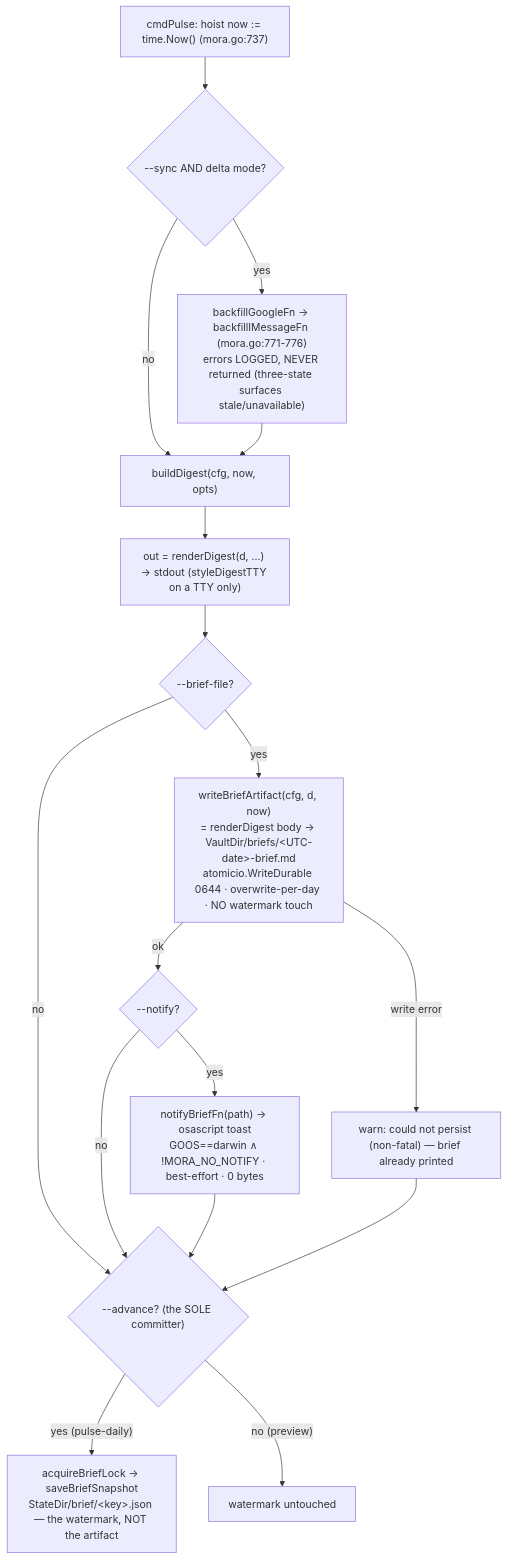
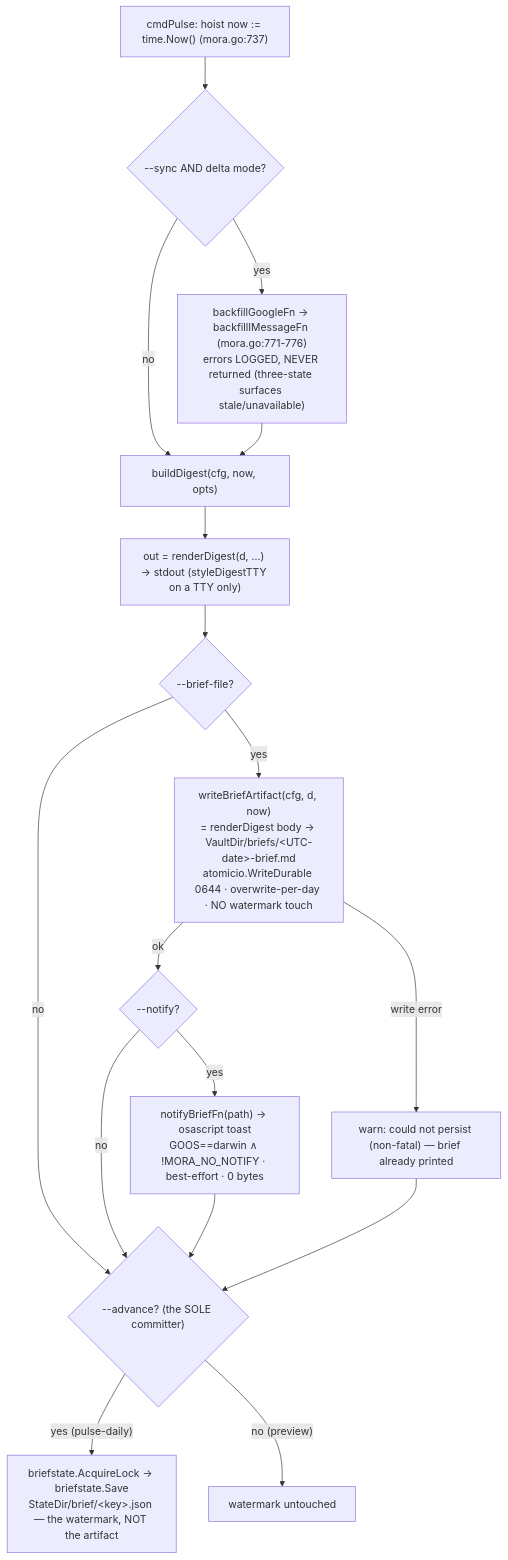
The third of 6 diagrams in docs/architecture/07-synthesis-think-digest.md (pyranthus-hq/mora), drawn with Mermaid before and after one commit. The commit also changed other lines of this file and 8 other files, not shown here.

Commit message:
refactor(briefstate): extract watermark core

````diff
--- a/docs/architecture/07-synthesis-think-digest.md
+++ b/docs/architecture/07-synthesis-think-digest.md
@@ -278,19 +279,19 @@
 ```mermaid
 flowchart TD
   PULSE["cmdPulse: hoist now := time.Now() (mora.go:737)"] --> SYNCQ{"--sync AND delta mode?"}
   SYNCQ -->|yes| SYNC["backfillGoogleFn → backfillIMessageFn (mora.go:771-776)<br/>errors LOGGED, NEVER returned (three-state surfaces stale/unavailable)"]
   SYNCQ -->|no| BUILD
   SYNC --> BUILD["buildDigest(cfg, now, opts)"]
   BUILD --> RENDER["out = renderDigest(d, …) → stdout (styleDigestTTY on a TTY only)"]
   RENDER --> BFQ{"--brief-file?"}
   BFQ -->|no| ADV
   BFQ -->|yes| ART["writeBriefArtifact(cfg, d, now)<br/>= renderDigest body → VaultDir/briefs/&lt;UTC-date&gt;-brief.md<br/>atomicio.WriteDurable 0644 · overwrite-per-day · NO watermark touch"]
   ART -->|write error| WARN["warn: could not persist (non-fatal) — brief already printed"]
   ART -->|ok| NTQ{"--notify?"}
   NTQ -->|yes| TOAST["notifyBriefFn(path) → osascript toast<br/>GOOS==darwin ∧ !MORA_NO_NOTIFY · best-effort · 0 bytes"]
   NTQ -->|no| ADV
   TOAST --> ADV{"--advance? (the SOLE committer)"}
   WARN --> ADV
-  ADV -->|"yes (pulse-daily)"| WM["acquireBriefLock → saveBriefSnapshot<br/>StateDir/brief/&lt;key&gt;.json — the watermark, NOT the artifact"]
+  ADV -->|"yes (pulse-daily)"| WM["briefstate.AcquireLock → briefstate.Save<br/>StateDir/brief/&lt;key&gt;.json — the watermark, NOT the artifact"]
   ADV -->|"no (preview)"| NOOP["watermark untouched"]
 ```
````
